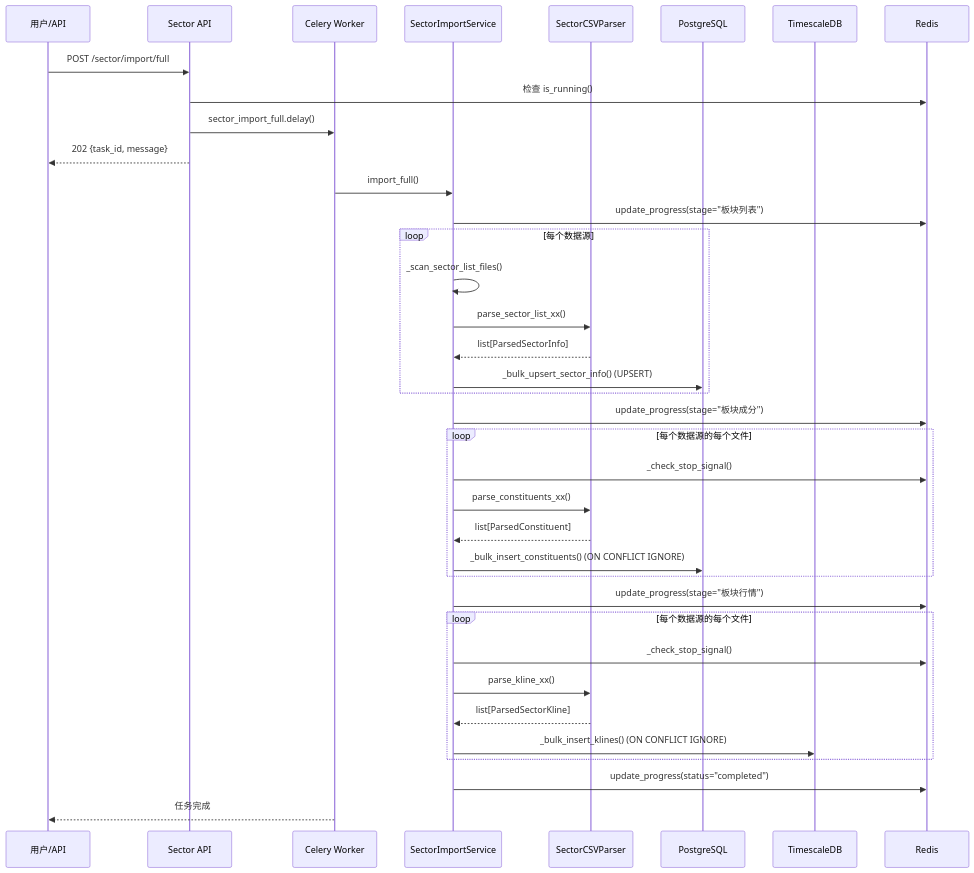
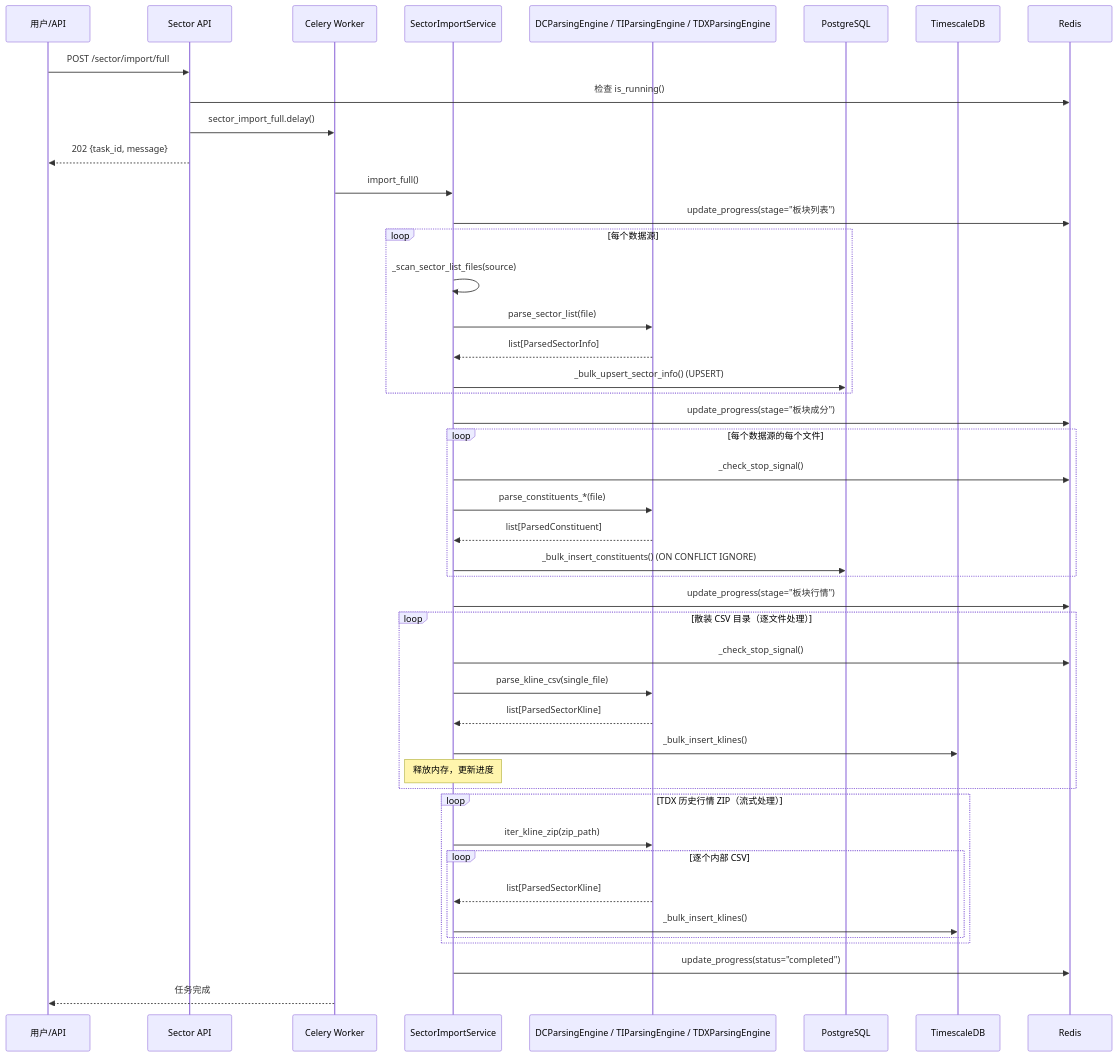
The second of 2 diagrams in .kiro/specs/sector-data-import/design.md (xdengpao/PoperRight), drawn with Mermaid before and after one commit. The commit also changed other lines of this file and 43 other files, not shown here.

````diff
--- a/.kiro/specs/sector-data-import/design.md
+++ b/.kiro/specs/sector-data-import/design.md
@@ -315,47 +403,56 @@
 ```mermaid
 sequenceDiagram
     participant User as 用户/API
     participant API as Sector API
     participant Celery as Celery Worker
     participant Svc as SectorImportService
-    participant Parser as SectorCSVParser
+    participant Engine as DCParsingEngine / TIParsingEngine / TDXParsingEngine
     participant PG as PostgreSQL
     participant TS as TimescaleDB
     participant Redis as Redis
 
     User->>API: POST /sector/import/full
     API->>Redis: 检查 is_running()
     API->>Celery: sector_import_full.delay()
     API-->>User: 202 {task_id, message}
 
     Celery->>Svc: import_full()
     Svc->>Redis: update_progress(stage="板块列表")
 
     loop 每个数据源
-        Svc->>Svc: _scan_sector_list_files()
-        Svc->>Parser: parse_sector_list_xx()
-        Parser-->>Svc: list[ParsedSectorInfo]
+        Svc->>Svc: _scan_sector_list_files(source)
+        Svc->>Engine: parse_sector_list(file)
+        Engine-->>Svc: list[ParsedSectorInfo]
         Svc->>PG: _bulk_upsert_sector_info() (UPSERT)
     end
 
     Svc->>Redis: update_progress(stage="板块成分")
 
     loop 每个数据源的每个文件
         Svc->>Redis: _check_stop_signal()
-        Svc->>Parser: parse_constituents_xx()
-        Parser-->>Svc: list[ParsedConstituent]
+        Svc->>Engine: parse_constituents_*(file)
+        Engine-->>Svc: list[ParsedConstituent]
         Svc->>PG: _bulk_insert_constituents() (ON CONFLICT IGNORE)
     end
 
     Svc->>Redis: update_progress(stage="板块行情")
 
-    loop 每个数据源的每个文件
+    loop 散装 CSV 目录（逐文件处理）
         Svc->>Redis: _check_stop_signal()
-        Svc->>Parser: parse_kline_xx()
-        Parser-->>Svc: list[ParsedSectorKline]
-        Svc->>TS: _bulk_insert_klines() (ON CONFLICT IGNORE)
+        Svc->>Engine: parse_kline_csv(single_file)
+        Engine-->>Svc: list[ParsedSectorKline]
+        Svc->>TS: _bulk_insert_klines()
+        Note over Svc: 释放内存，更新进度
+    end
+
+    loop TDX 历史行情 ZIP（流式处理）
+        Svc->>Engine: iter_kline_zip(zip_path)
+        loop 逐个内部 CSV
+            Engine-->>Svc: list[ParsedSectorKline]
+            Svc->>TS: _bulk_insert_klines()
+        end
     end
 
     Svc->>Redis: update_progress(status="completed")
     Celery-->>User: 任务完成
 ```
````
